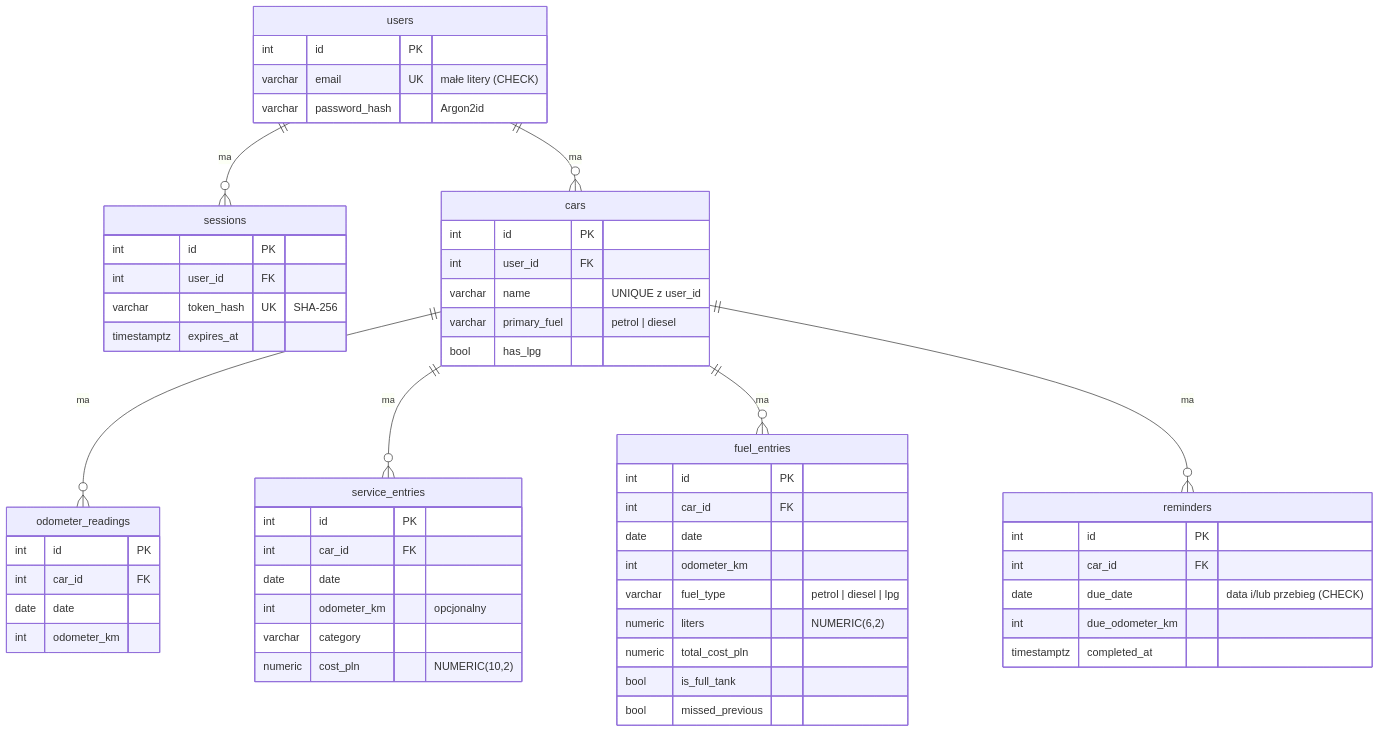
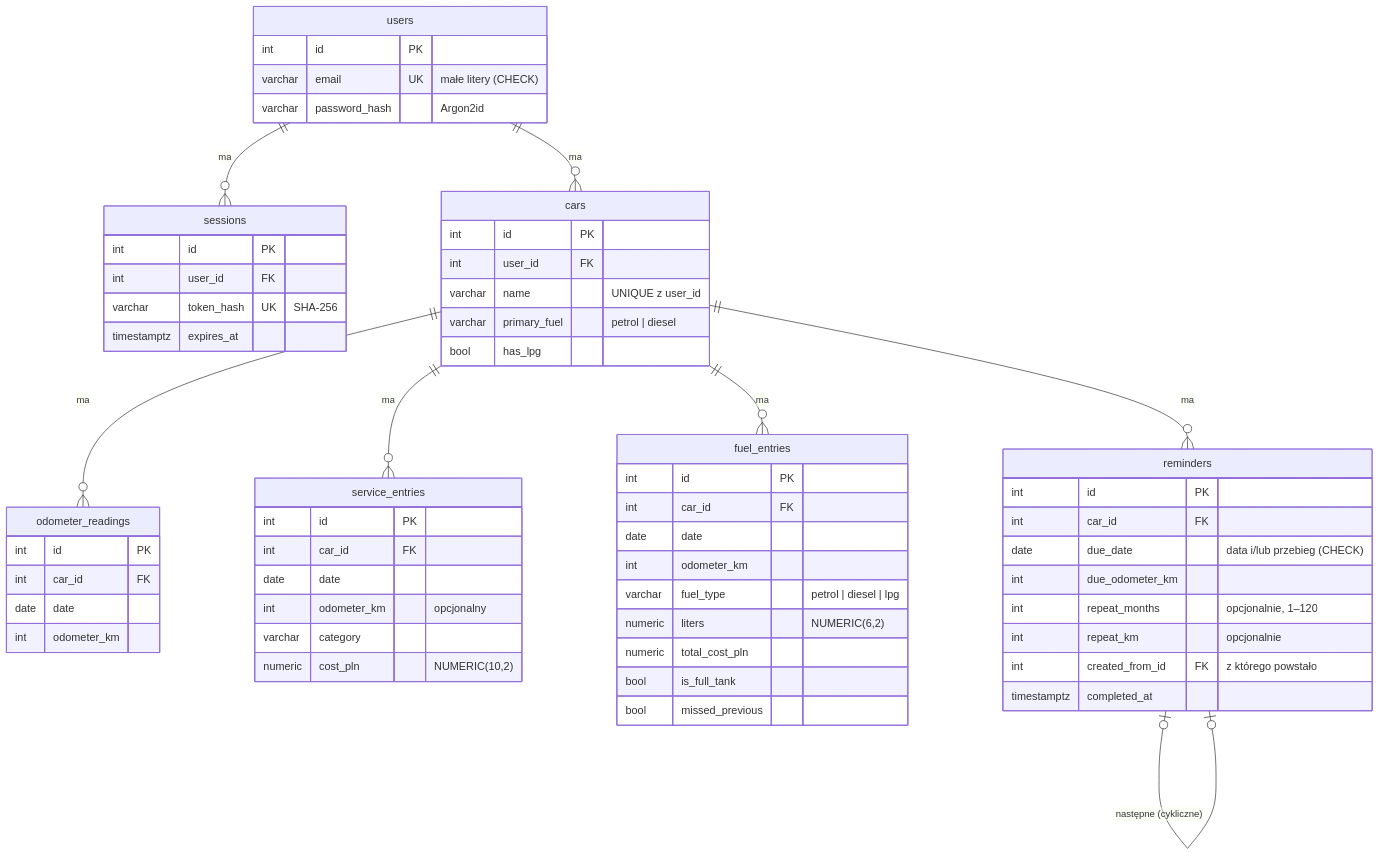
Before and after one commit to PSkrzyp11/GarageLog: the second of 3 diagrams in docs/architecture.md, drawn with Mermaid. The commit also changed other lines of this file and 34 other files, not shown here.

````diff
--- a/docs/architecture.md
+++ b/docs/architecture.md
@@ -42,60 +43,64 @@
 ```mermaid
 erDiagram
     users ||--o{ sessions : "ma"
     users ||--o{ cars : "ma"
     cars ||--o{ odometer_readings : "ma"
     cars ||--o{ service_entries : "ma"
     cars ||--o{ fuel_entries : "ma"
     cars ||--o{ reminders : "ma"
+    reminders |o--o| reminders : "następne (cykliczne)"
 
     users {
         int id PK
         varchar email UK "małe litery (CHECK)"
         varchar password_hash "Argon2id"
     }
     sessions {
         int id PK
         int user_id FK
         varchar token_hash UK "SHA-256"
         timestamptz expires_at
     }
     cars {
         int id PK
         int user_id FK
         varchar name "UNIQUE z user_id"
         varchar primary_fuel "petrol | diesel"
         bool has_lpg
     }
     odometer_readings {
         int id PK
         int car_id FK
         date date
         int odometer_km
     }
     service_entries {
         int id PK
         int car_id FK
         date date
         int odometer_km "opcjonalny"
         varchar category
         numeric cost_pln "NUMERIC(10,2)"
     }
     fuel_entries {
         int id PK
         int car_id FK
         date date
         int odometer_km
         varchar fuel_type "petrol | diesel | lpg"
         numeric liters "NUMERIC(6,2)"
         numeric total_cost_pln
         bool is_full_tank
         bool missed_previous
     }
     reminders {
         int id PK
         int car_id FK
         date due_date "data i/lub przebieg (CHECK)"
         int due_odometer_km
+        int repeat_months "opcjonalnie, 1–120"
+        int repeat_km "opcjonalnie"
+        int created_from_id FK "z którego powstało"
         timestamptz completed_at
     }
 ```
````
